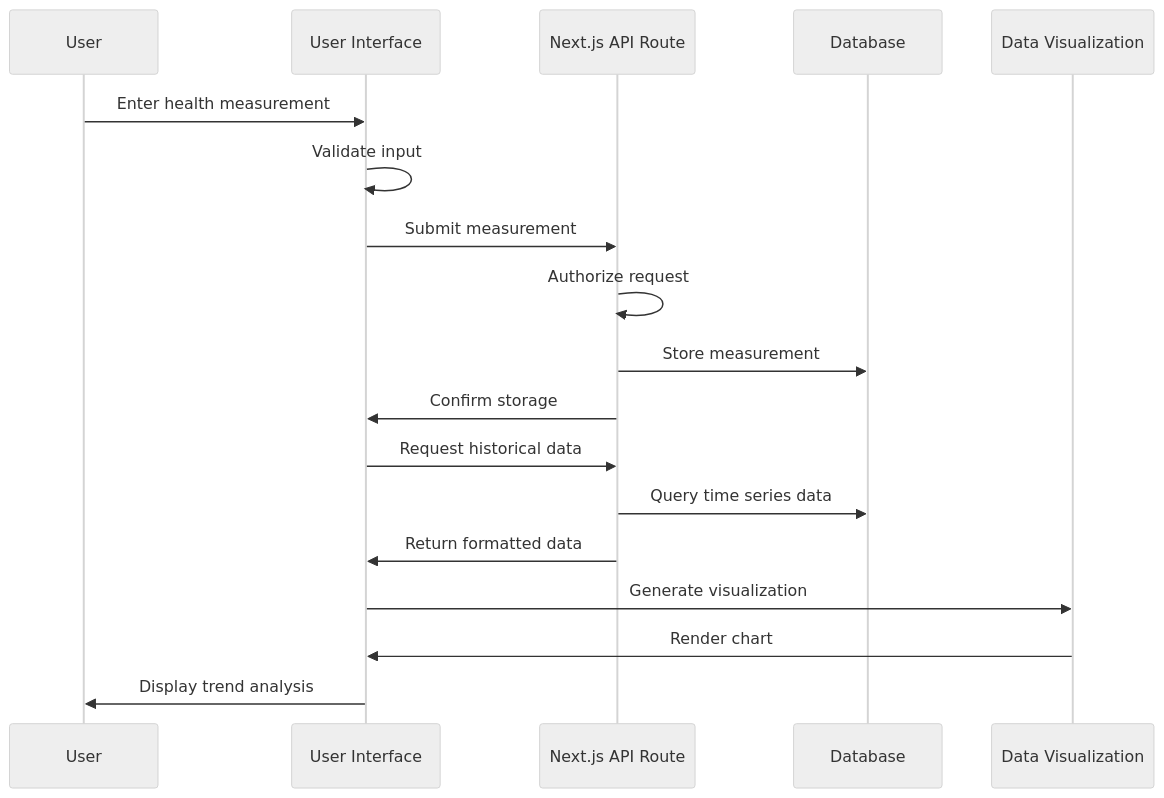
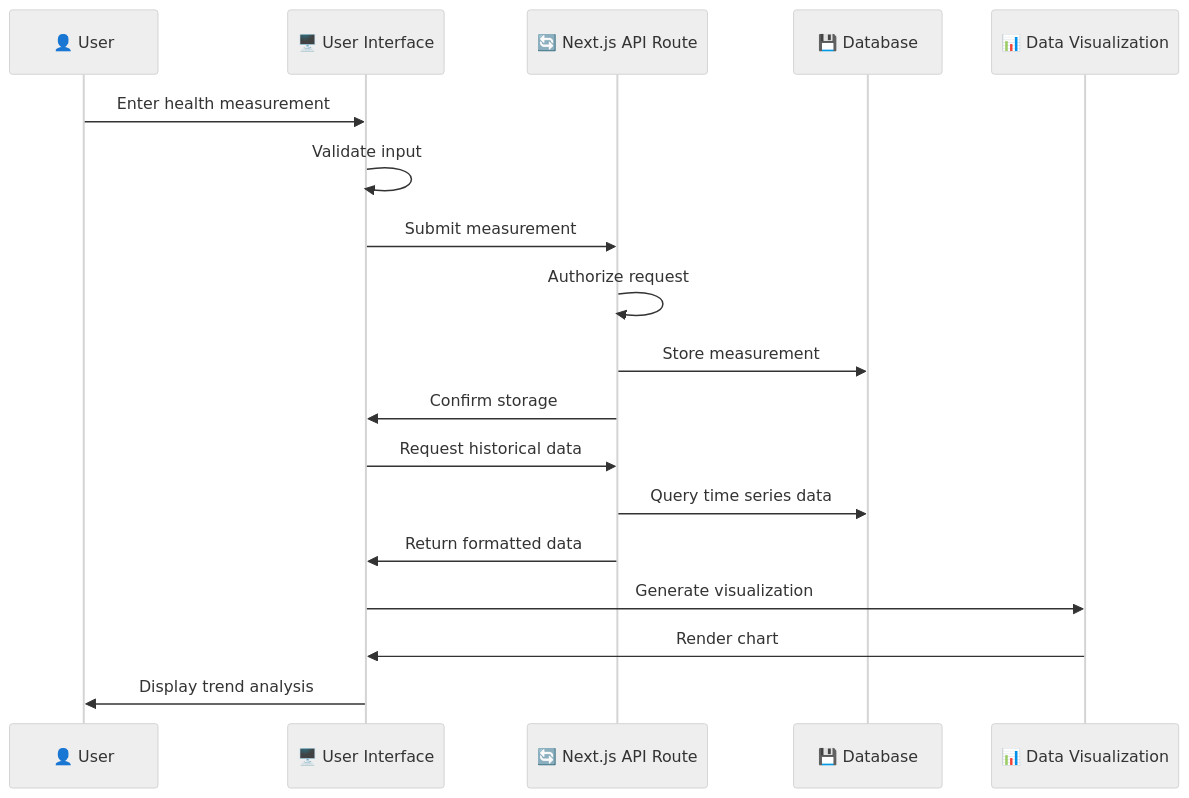
One commit to AbdullahSaeed1211/temp changed the ninth of 14 diagrams in README.md. Above: the diagram before and after it, drawn with Mermaid (neutral theme). The commit also changed other lines of this file, not shown here.

````diff
--- a/README.md
+++ b/README.md
@@ -1470,21 +1493,21 @@
 ```mermaid
 sequenceDiagram
-    participant User
-    participant UI as User Interface
-    participant API as Next.js API Route
-    participant DB as Database
-    participant Chart as Data Visualization
+    participant User as 👤 User
+    participant UI as 🖥️ User Interface
+    participant API as 🔄 Next.js API Route
+    participant DB as 💾 Database
+    participant Chart as 📊 Data Visualization
     
     User->>UI: Enter health measurement
     UI->>UI: Validate input
     UI->>API: Submit measurement
     API->>API: Authorize request
     API->>DB: Store measurement
     API->>UI: Confirm storage
     UI->>API: Request historical data
     API->>DB: Query time series data
     API->>UI: Return formatted data
     UI->>Chart: Generate visualization
     Chart->>UI: Render chart
     UI->>User: Display trend analysis
 ```
````
